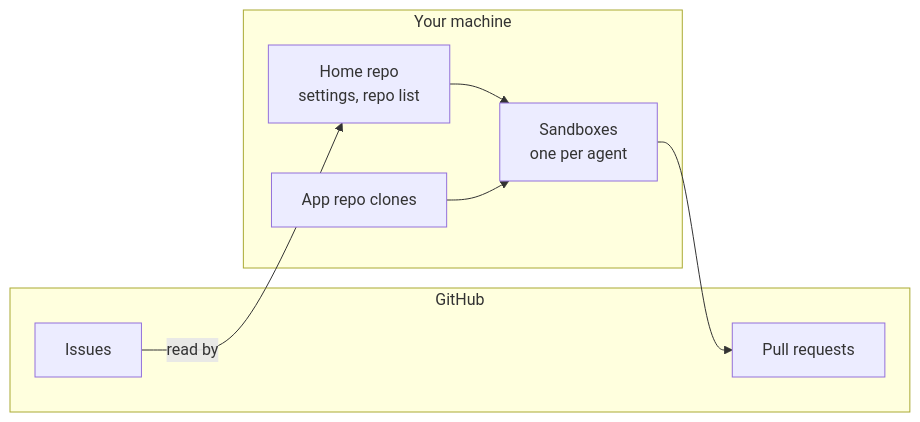
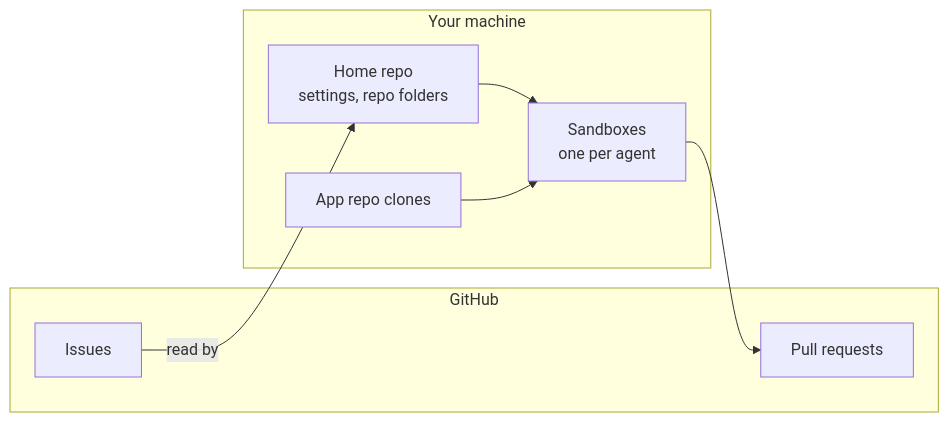
The second of 2 diagrams in README.md (dredodin/sandcastle-factory), drawn with Mermaid before and after one commit. The commit also changed other lines of this file and 5 other files, not shown here.

````diff
--- a/README.md
+++ b/README.md
@@ -88,16 +88,16 @@
 ```mermaid
 flowchart LR
     subgraph github[GitHub]
         issues[Issues]
         prs[Pull requests]
     end
     subgraph machine[Your machine]
-        home[Home repo<br/>settings, repo list]
+        home[Home repo<br/>settings, repo folders]
         sandboxes[Sandboxes<br/>one per agent]
         apps[App repo clones]
     end
     issues -- read by --> home
     home --> sandboxes
     apps --> sandboxes
     sandboxes --> prs
 ```
````
